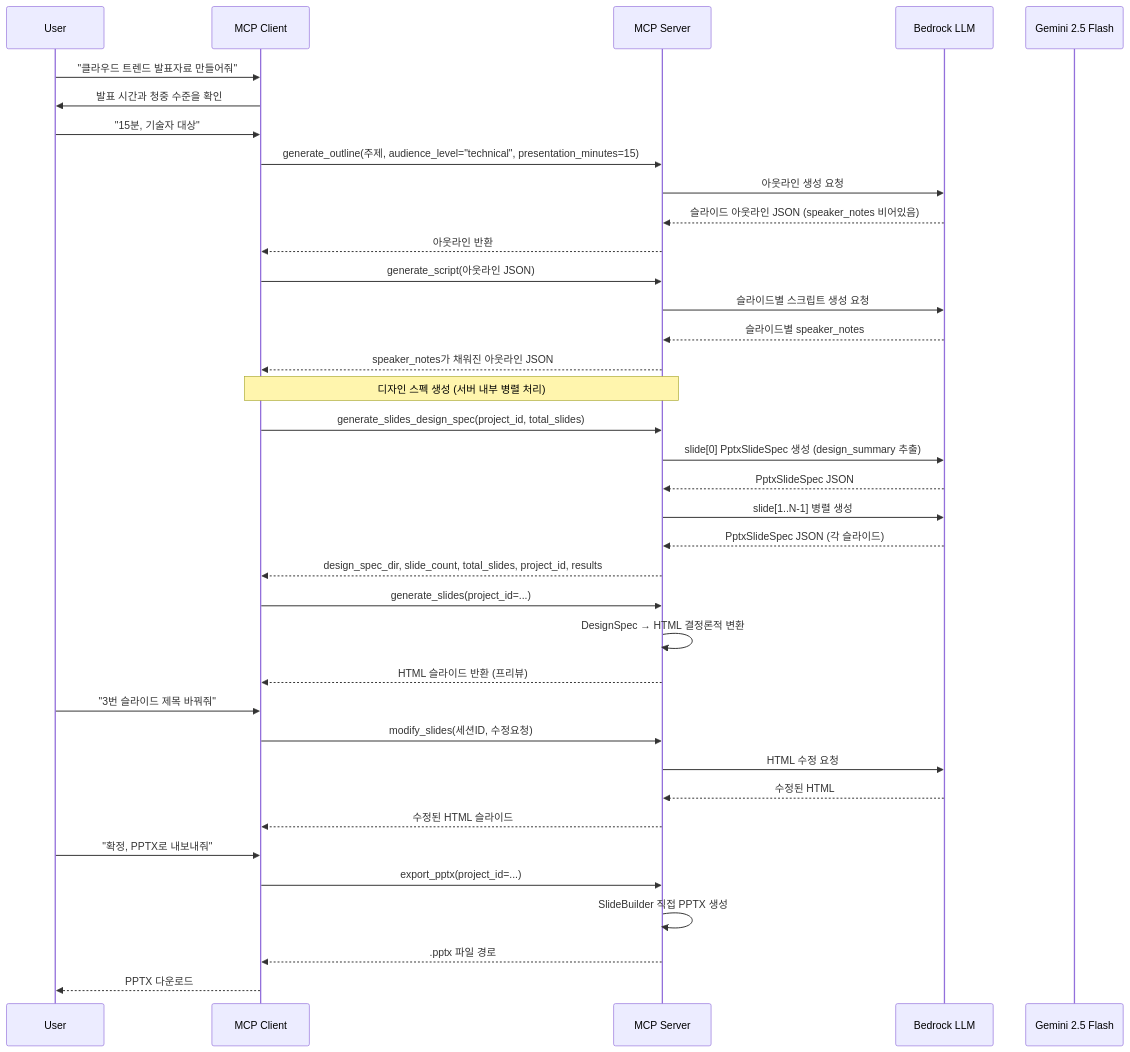
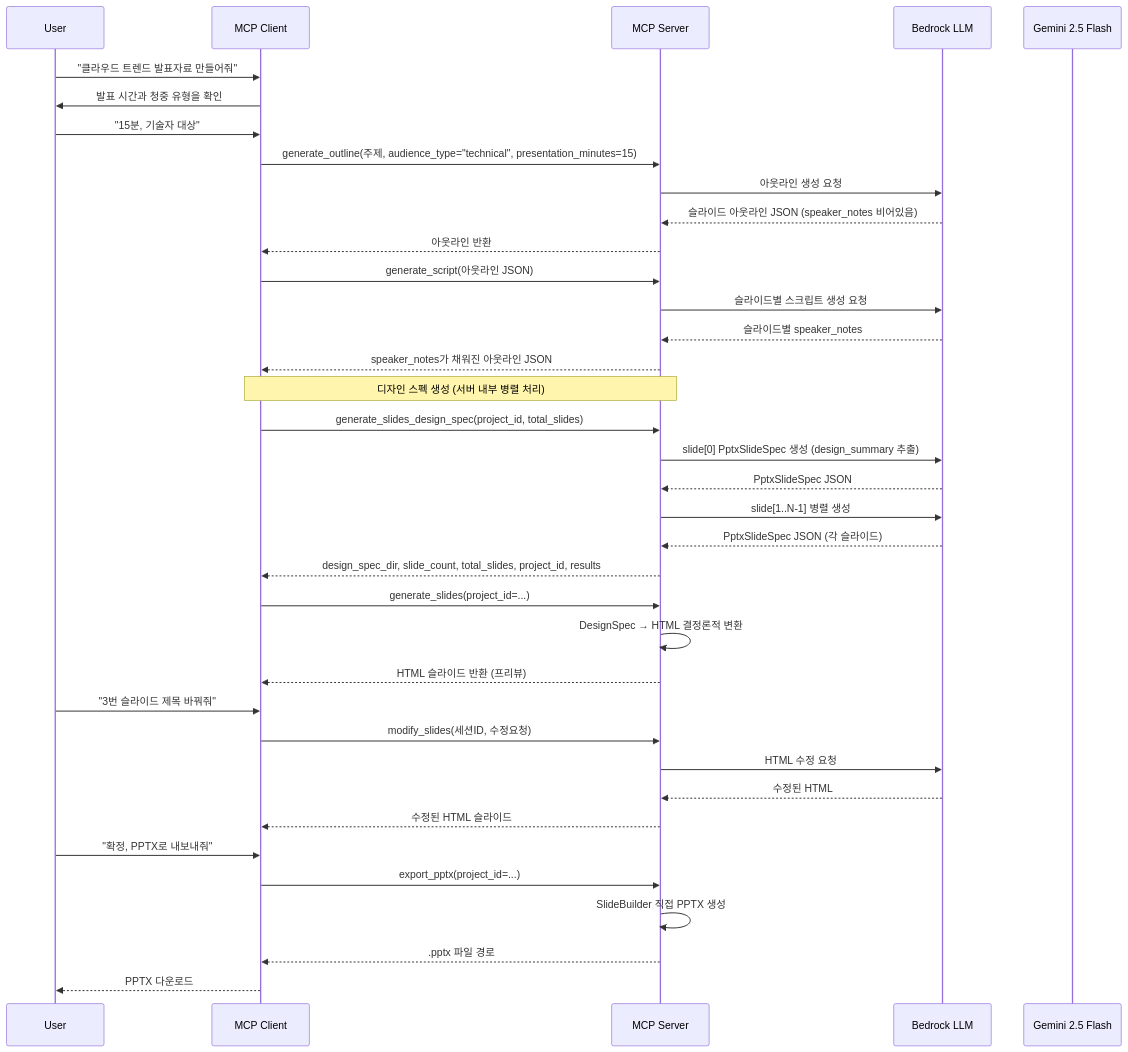
The third of 3 diagrams in docs/ppt-generator.alps.md (haandol/ppt-generator), drawn with Mermaid before and after one commit. The commit also changed other lines of this file and 17 other files, not shown here.

First line of the commit message:
feat(outline): add purpose parameter and rename audience_level to audience_type

````diff
--- a/docs/ppt-generator.alps.md
+++ b/docs/ppt-generator.alps.md
@@ -169,45 +169,45 @@
 ```mermaid
 sequenceDiagram
     participant User
     participant MCPClient as MCP Client
     participant MCPServer as MCP Server
     participant Bedrock as Bedrock LLM
     participant Gemini as Gemini 2.5 Flash
 
     User->>MCPClient: "클라우드 트렌드 발표자료 만들어줘"
-    MCPClient->>User: 발표 시간과 청중 수준을 확인
+    MCPClient->>User: 발표 시간과 청중 유형을 확인
     User->>MCPClient: "15분, 기술자 대상"
-    MCPClient->>MCPServer: generate_outline(주제, audience_level="technical", presentation_minutes=15)
+    MCPClient->>MCPServer: generate_outline(주제, audience_type="technical", presentation_minutes=15)
     MCPServer->>Bedrock: 아웃라인 생성 요청
     Bedrock-->>MCPServer: 슬라이드 아웃라인 JSON (speaker_notes 비어있음)
     MCPServer-->>MCPClient: 아웃라인 반환
 
     MCPClient->>MCPServer: generate_script(아웃라인 JSON)
     MCPServer->>Bedrock: 슬라이드별 스크립트 생성 요청
     Bedrock-->>MCPServer: 슬라이드별 speaker_notes
     MCPServer-->>MCPClient: speaker_notes가 채워진 아웃라인 JSON
 
     Note over MCPClient,MCPServer: 디자인 스펙 생성 (서버 내부 병렬 처리)
     MCPClient->>MCPServer: generate_slides_design_spec(project_id, total_slides)
     MCPServer->>Bedrock: slide[0] PptxSlideSpec 생성 (design_summary 추출)
     Bedrock-->>MCPServer: PptxSlideSpec JSON
     MCPServer->>Bedrock: slide[1..N-1] 병렬 생성
     Bedrock-->>MCPServer: PptxSlideSpec JSON (각 슬라이드)
     MCPServer-->>MCPClient: design_spec_dir, slide_count, total_slides, project_id, results
 
     MCPClient->>MCPServer: generate_slides(project_id=...)
     MCPServer->>MCPServer: DesignSpec → HTML 결정론적 변환
     MCPServer-->>MCPClient: HTML 슬라이드 반환 (프리뷰)
 
     User->>MCPClient: "3번 슬라이드 제목 바꿔줘"
     MCPClient->>MCPServer: modify_slides(세션ID, 수정요청)
     MCPServer->>Bedrock: HTML 수정 요청
     Bedrock-->>MCPServer: 수정된 HTML
     MCPServer-->>MCPClient: 수정된 HTML 슬라이드
 
     User->>MCPClient: "확정, PPTX로 내보내줘"
     MCPClient->>MCPServer: export_pptx(project_id=...)
     MCPServer->>MCPServer: SlideBuilder 직접 PPTX 생성
     MCPServer-->>MCPClient: .pptx 파일 경로
     MCPClient-->>User: PPTX 다운로드
 ```
````
